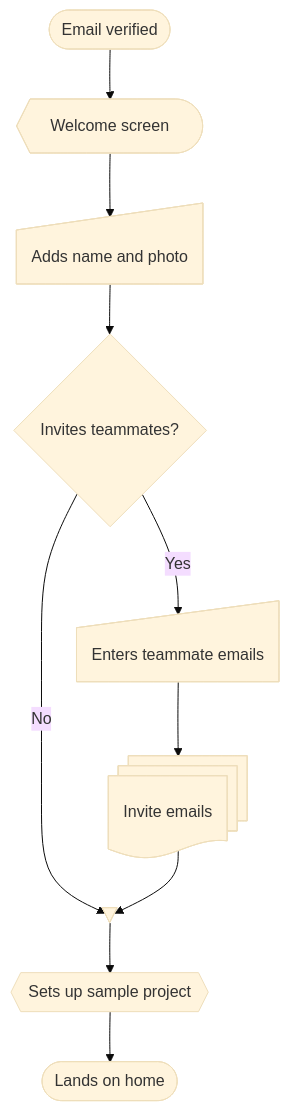
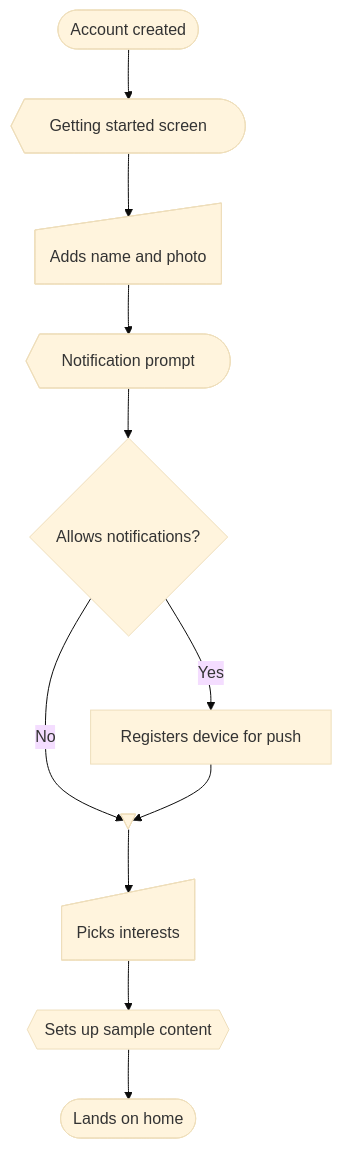
One commit to yoursharif/mermaid-userflow-diagram changed the seventh of 7 diagrams in references/flows.md. Above: the diagram before and after it, drawn with Mermaid (base theme). The commit also changed other lines of this file, not shown here.

````diff
--- a/references/flows.md
+++ b/references/flows.md
@@ -103,22 +244,24 @@
 ```mermaid
 flowchart TD
-  startVerified@{ shape: stadium, label: "Email verified" }
-  scrWelcome@{ shape: curv-trap, label: "Welcome screen" }
+  startNew@{ shape: stadium, label: "Account created" }
+  scrHello@{ shape: curv-trap, label: "Getting started screen" }
   inProfile@{ shape: sl-rect, label: "Adds name and photo" }
-  decInvite@{ shape: diam, label: "Invites teammates?" }
-  inEmails@{ shape: sl-rect, label: "Enters teammate emails" }
-  mdocInvites@{ shape: docs, label: "Invite emails" }
-  mergeInvite@{ shape: flip-tri, label: " " }
-  prepSample@{ shape: hex, label: "Sets up sample project" }
+  scrPermission@{ shape: curv-trap, label: "Notification prompt" }
+  decAllow@{ shape: diam, label: "Allows notifications?" }
+  actRegister@{ shape: rect, label: "Registers device for push" }
+  mergePush@{ shape: flip-tri, label: " " }
+  inInterests@{ shape: sl-rect, label: "Picks interests" }
+  prepSample@{ shape: hex, label: "Sets up sample content" }
   exitHome@{ shape: stadium, label: "Lands on home" }
 
-  startVerified --> scrWelcome
-  scrWelcome --> inProfile
-  inProfile --> decInvite
-  decInvite -->|Yes| inEmails
-  decInvite -->|No| mergeInvite
-  inEmails --> mdocInvites
-  mdocInvites --> mergeInvite
-  mergeInvite --> prepSample
+  startNew --> scrHello
+  scrHello --> inProfile
+  inProfile --> scrPermission
+  scrPermission --> decAllow
+  decAllow -->|Yes| actRegister
+  decAllow -->|No| mergePush
+  actRegister --> mergePush
+  mergePush --> inInterests
+  inInterests --> prepSample
   prepSample --> exitHome
 ```
````
